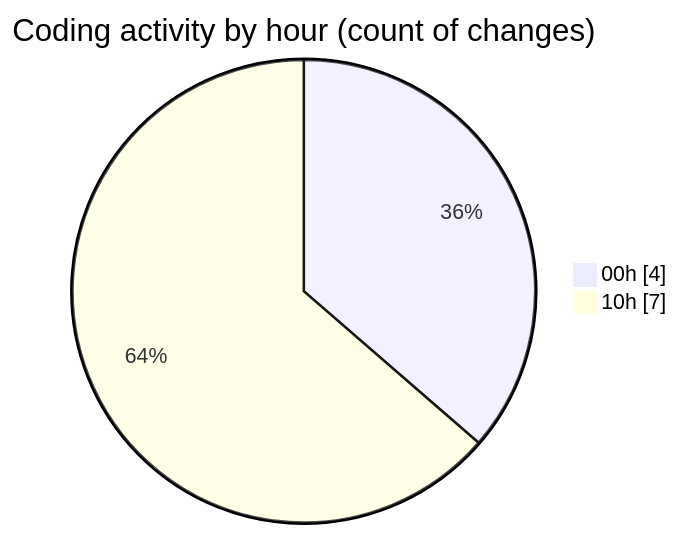
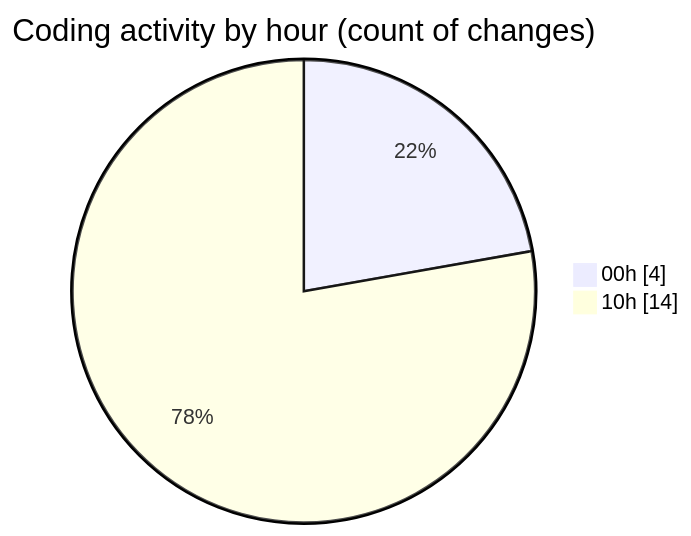
The second of 2 diagrams in 2025-04-04/back-end/README.md (Netris89/code-tracking), drawn with Mermaid before and after one commit. The commit also changed other lines of this file and 1 other file, not shown here.

````diff
--- a/2025-04-04/back-end/README.md
+++ b/2025-04-04/back-end/README.md
@@ -28,6 +28,6 @@
 ```mermaid
 pie showData
 title Coding activity by hour (count of changes)
 "00h" : 4
-"10h" : 7
+"10h" : 14
 ```
````
